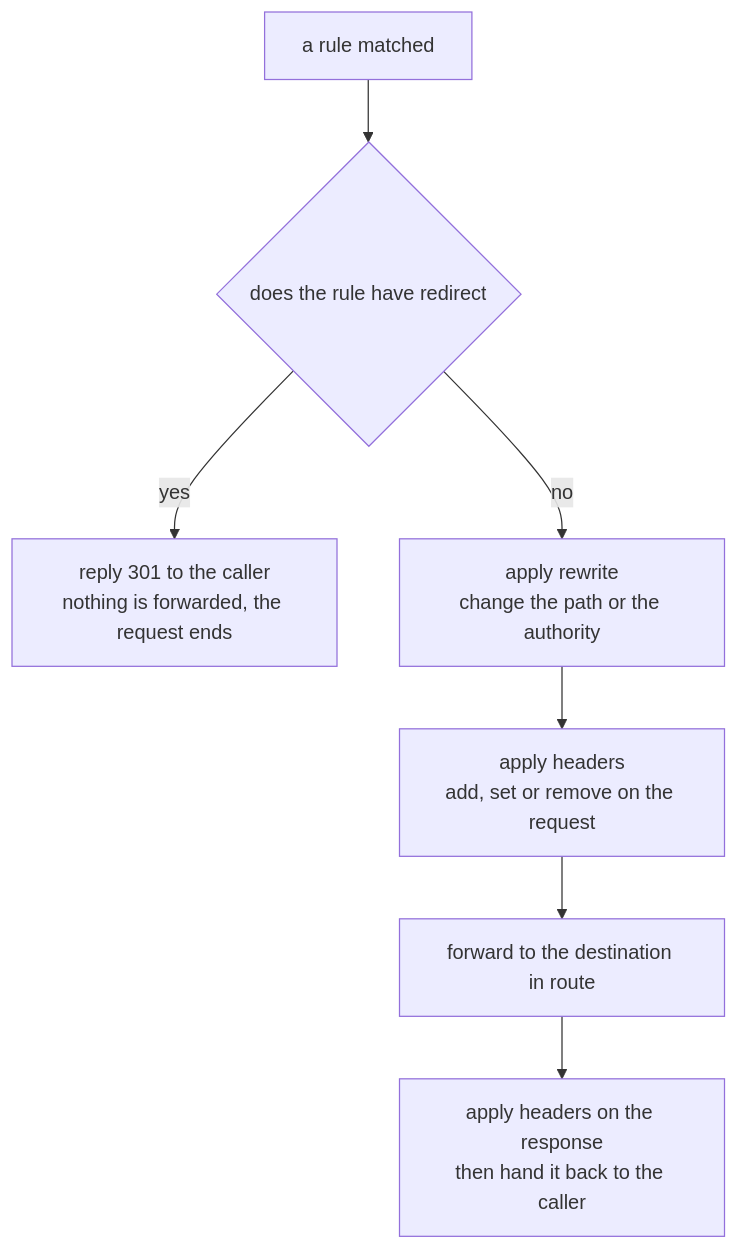
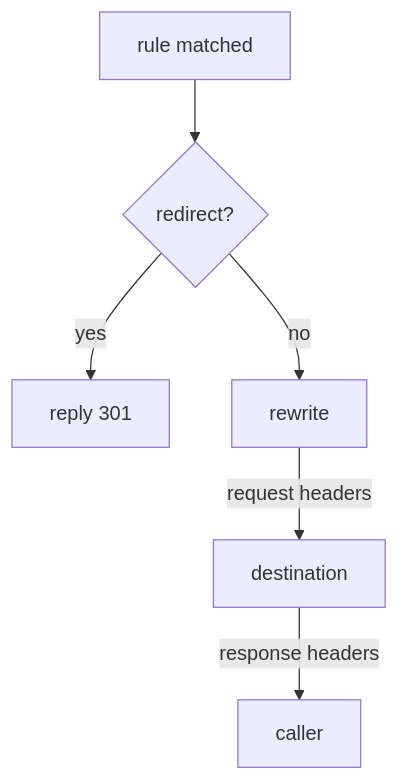
Before and after one commit to astrona-io/ATS014: the diagram in sections/section-010/module-01/course-04-rewriting-redirecting-and-headers.md, drawn with Mermaid. The commit also changed other lines of this file and 444 other files, not shown here.

````diff
--- a/sections/section-010/module-01/course-04-rewriting-redirecting-and-headers.md
+++ b/sections/section-010/module-01/course-04-rewriting-redirecting-and-headers.md
@@ -13,9 +13,8 @@
 ```mermaid
-flowchart TD
-    M["a rule matched"] --> RD{"does the rule have redirect"}
-    RD -->|"yes"| R["reply 301 to the caller<br/>nothing is forwarded, the request ends"]
-    RD -->|"no"| RW["apply rewrite<br/>change the path or the authority"]
-    RW --> H["apply headers<br/>add, set or remove on the request"]
-    H --> F["forward to the destination in route"]
-    F --> HR["apply headers on the response<br/>then hand it back to the caller"]
+flowchart TB
+    M["rule matched"] --> RD{"redirect?"}
+    RD -->|"yes"| R["reply 301"]
+    RD -->|"no"| RW["rewrite"]
+    RW -->|"request headers"| F["destination"]
+    F -->|"response headers"| C["caller"]
 ```
````
